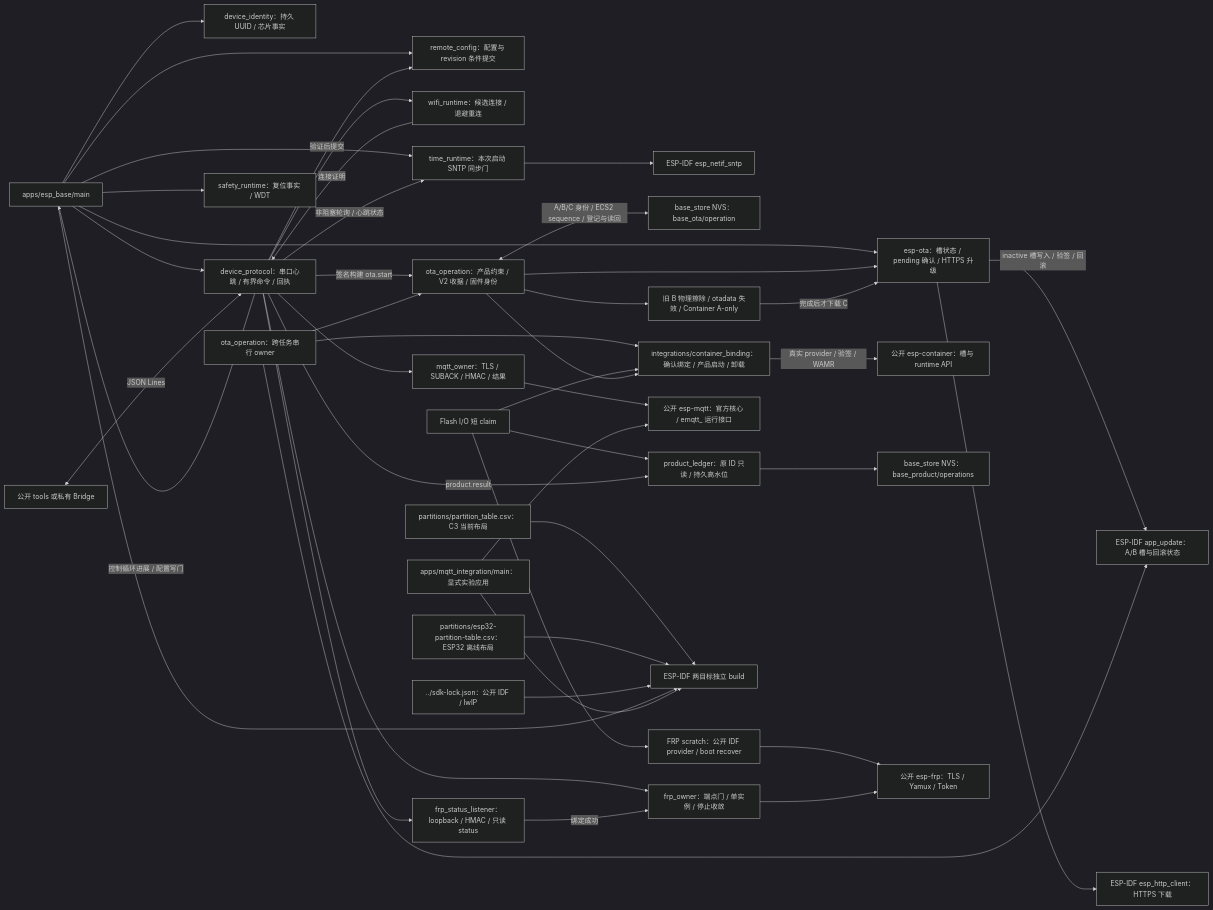
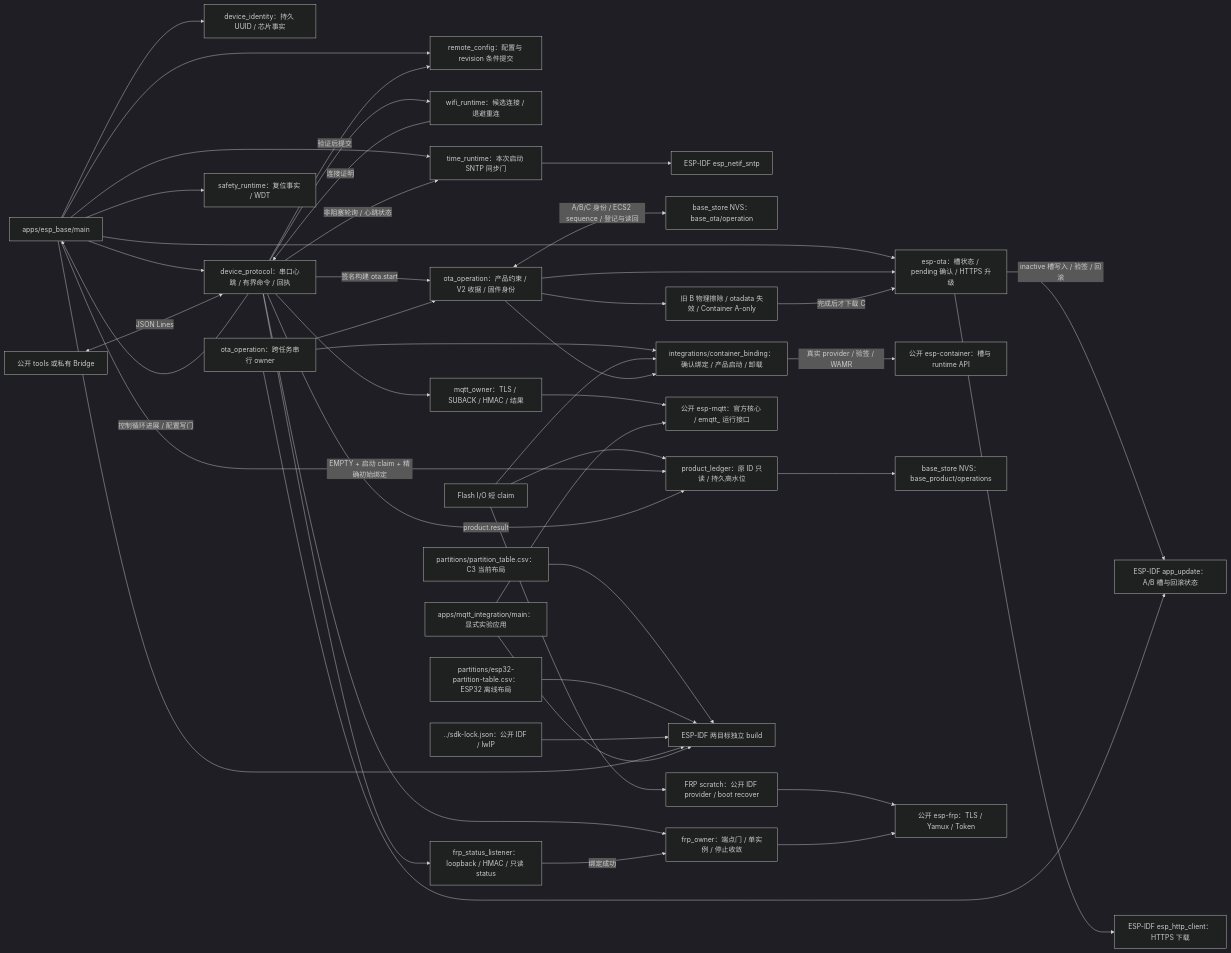
One commit to darren-you/esp-base changed the diagram in firmware/README.md. Above: the diagram before and after it, drawn with Mermaid (dark theme). The commit also changed 14 other files, not shown here.

````diff
--- a/firmware/README.md
+++ b/firmware/README.md
@@ -7,46 +7,47 @@
 ```mermaid
 flowchart LR
     main["apps/esp_base/main"] --> identity["device_identity：持久 UUID / 芯片事实"]
     main --> config["remote_config：配置与 revision 条件提交"]
     protocol --> wifi["wifi_runtime：候选连接 / 退避重连"]
     wifi -->|"连接证明"| protocol
     protocol -->|"验证后提交"| config
     main --> ota["esp-ota：槽状态 / pending 确认 / HTTPS 升级"]
     receipt["ota_operation：产品约束 / V2 收据 / 固件身份"] --> ota
     main --> time["time_runtime：本次启动 SNTP 同步门"]
     protocol -->|"控制循环进展 / 配置写门"| main
     protocol -->|"非阻塞轮询 / 心跳状态"| time
     time --> sntp["ESP-IDF esp_netif_sntp"]
     ota -->|"inactive 槽写入 / 验签 / 回滚"| rollback["ESP-IDF app_update：A/B 槽与回滚状态"]
     protocol -->|"签名构建 ota.start"| receipt
     ota --> https["ESP-IDF esp_http_client：HTTPS 下载"]
     receipt <-->|"A/B/C 身份 / ECS2 sequence / 登记与读回"| nvs["base_store NVS：base_ota/operation"]
     receipt --> retire["旧 B 物理擦除 / otadata 失效 / Container A-only"]
     retire -->|"完成后才下载 C"| ota
     owner["ota_operation：跨任务串行 owner"] --> receipt
     owner --> rollback
     binding["integrations/container_binding：确认绑定 / 产品启动 / 卸载"] -->|"真实 provider / 验签 / WAMR"| container["公开 esp-container：槽与 runtime API"]
     owner --> binding
     io_owner["Flash I/O 短 claim"] --> frp_scratch["FRP scratch：公开 IDF provider / boot recover"]
     io_owner --> binding
     io_owner --> product_ledger["product_ledger：原 ID 只读 / 持久高水位"]
+    main -->|"EMPTY + 启动 claim + 精确初始绑定"| product_ledger
     protocol -->|"product.result"| product_ledger
     product_ledger --> product_nvs["base_store NVS：base_product/operations"]
     frp_scratch --> frp
     receipt --> binding
     main --> safety["safety_runtime：复位事实 / WDT"]
     main --> protocol["device_protocol：串口心跳 / 有界命令 / 回执"]
     protocol --> mqtt_owner["mqtt_owner：TLS / SUBACK / HMAC / 结果"]
     mqtt_owner --> mqtt["公开 esp-mqtt：官方核心 / emqtt_ 运行接口"]
     protocol --> frp_owner["frp_owner：端点门 / 单实例 / 停止收敛"]
     protocol --> frp_status["frp_status_listener：loopback / HMAC / 只读 status"]
     frp_status -->|"绑定成功"| frp_owner
     frp_owner --> frp["公开 esp-frp：TLS / Yamux / Token"]
     host["公开 tools 或私有 Bridge"] <-->|"JSON Lines"| protocol
     c3["partitions/partition_table.csv：C3 当前布局"] --> build["ESP-IDF 两目标独立 build"]
     esp32["partitions/esp32-partition-table.csv：ESP32 离线布局"] --> build
     lock["../sdk-lock.json：公开 IDF / lwIP"] --> build
     main --> build
     lab["apps/mqtt_integration/main：显式实验应用"] --> mqtt
     lab --> build
 ```
````
